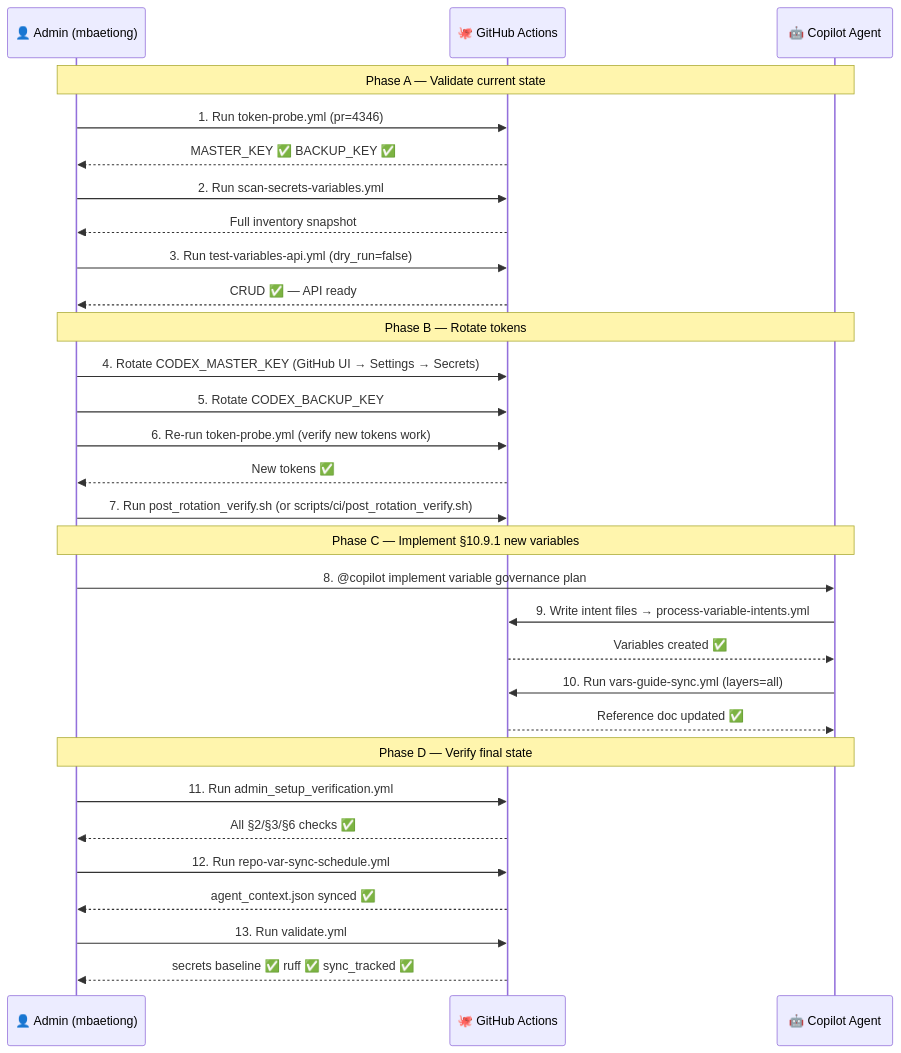
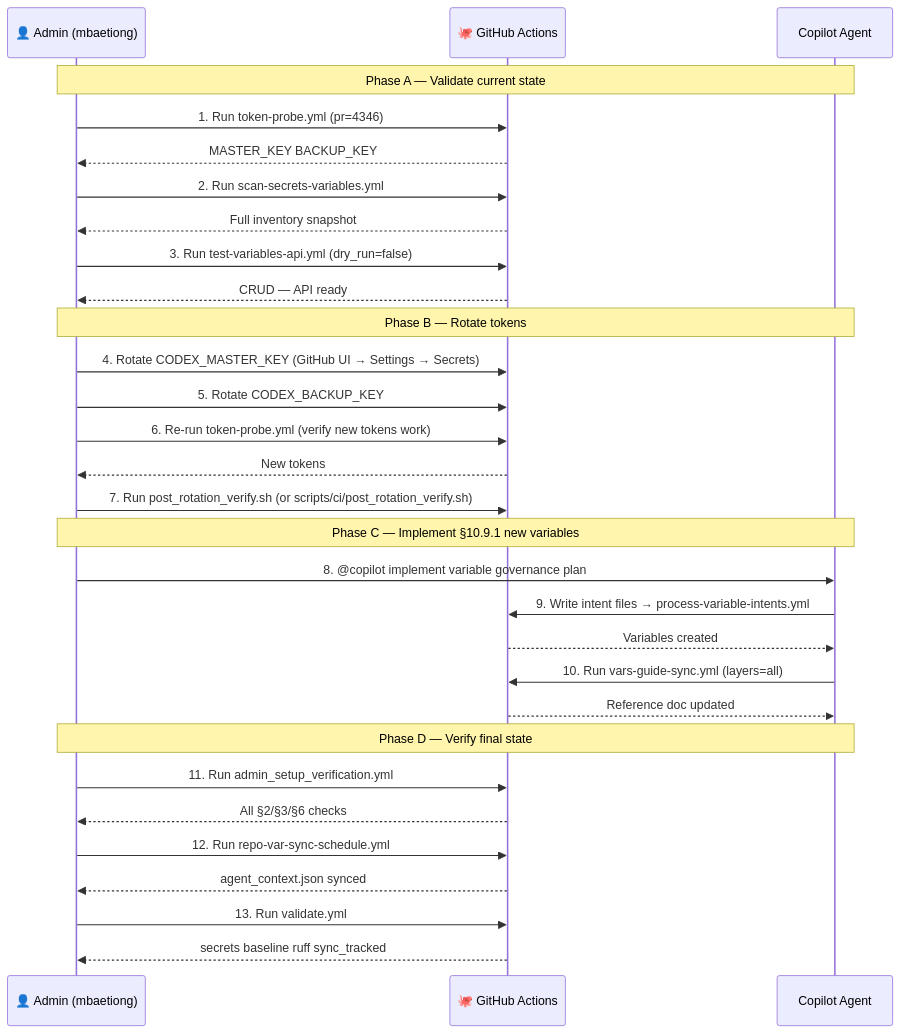
One commit to Aries-Serpent/_codex_ changed diagram 17 of 19 in docs/reference/ELEVATED_PRIVILEGES_TOKEN_REVIEW.md. Above: the diagram before and after it, drawn with Mermaid. The commit also changed other lines of this file and 2029 other files, not shown here.

````diff
--- a/docs/reference/ELEVATED_PRIVILEGES_TOKEN_REVIEW.md
+++ b/docs/reference/ELEVATED_PRIVILEGES_TOKEN_REVIEW.md
@@ -2132,37 +2134,37 @@
 ```mermaid
-%%{init: {'accessibility': {'title': 'Sequence Diagram: >>Admin: MASTER_KEY ✅ BACKUP_K'}}%%
+%%{init: {'accessibility': {'title': 'Sequence Diagram: >>Admin: MASTER_KEY  BACKUP_K'}}%%
 sequenceDiagram
     participant Admin as 👤 Admin (mbaetiong)
     participant GH as 🐙 GitHub Actions
-    participant Copilot as 🤖 Copilot Agent
+    participant Copilot as  Copilot Agent
 
     Note over Admin,Copilot: Phase A — Validate current state
     Admin->>GH: 1. Run token-probe.yml (pr=4346)
-    GH-->>Admin: MASTER_KEY ✅ BACKUP_KEY ✅
+    GH-->>Admin: MASTER_KEY  BACKUP_KEY 
     Admin->>GH: 2. Run scan-secrets-variables.yml
     GH-->>Admin: Full inventory snapshot
     Admin->>GH: 3. Run test-variables-api.yml (dry_run=false)
-    GH-->>Admin: CRUD ✅ — API ready
+    GH-->>Admin: CRUD  — API ready
 
     Note over Admin,Copilot: Phase B — Rotate tokens
     Admin->>GH: 4. Rotate CODEX_MASTER_KEY (GitHub UI → Settings → Secrets)
     Admin->>GH: 5. Rotate CODEX_BACKUP_KEY
     Admin->>GH: 6. Re-run token-probe.yml (verify new tokens work)
-    GH-->>Admin: New tokens ✅
+    GH-->>Admin: New tokens 
     Admin->>GH: 7. Run post_rotation_verify.sh (or scripts/ci/post_rotation_verify.sh)
 
     Note over Admin,Copilot: Phase C — Implement §10.9.1 new variables
     Admin->>Copilot: 8. @copilot implement variable governance plan
     Copilot->>GH: 9. Write intent files → process-variable-intents.yml
-    GH-->>Copilot: Variables created ✅
+    GH-->>Copilot: Variables created 
     Copilot->>GH: 10. Run vars-guide-sync.yml (layers=all)
-    GH-->>Copilot: Reference doc updated ✅
+    GH-->>Copilot: Reference doc updated 
 
     Note over Admin,Copilot: Phase D — Verify final state
     Admin->>GH: 11. Run admin_setup_verification.yml
-    GH-->>Admin: All §2/§3/§6 checks ✅
+    GH-->>Admin: All §2/§3/§6 checks 
     Admin->>GH: 12. Run repo-var-sync-schedule.yml
-    GH-->>Admin: agent_context.json synced ✅
+    GH-->>Admin: agent_context.json synced 
     Admin->>GH: 13. Run validate.yml
-    GH-->>Admin: secrets baseline ✅ ruff ✅ sync_tracked ✅
+    GH-->>Admin: secrets baseline  ruff  sync_tracked 
 ```
````
